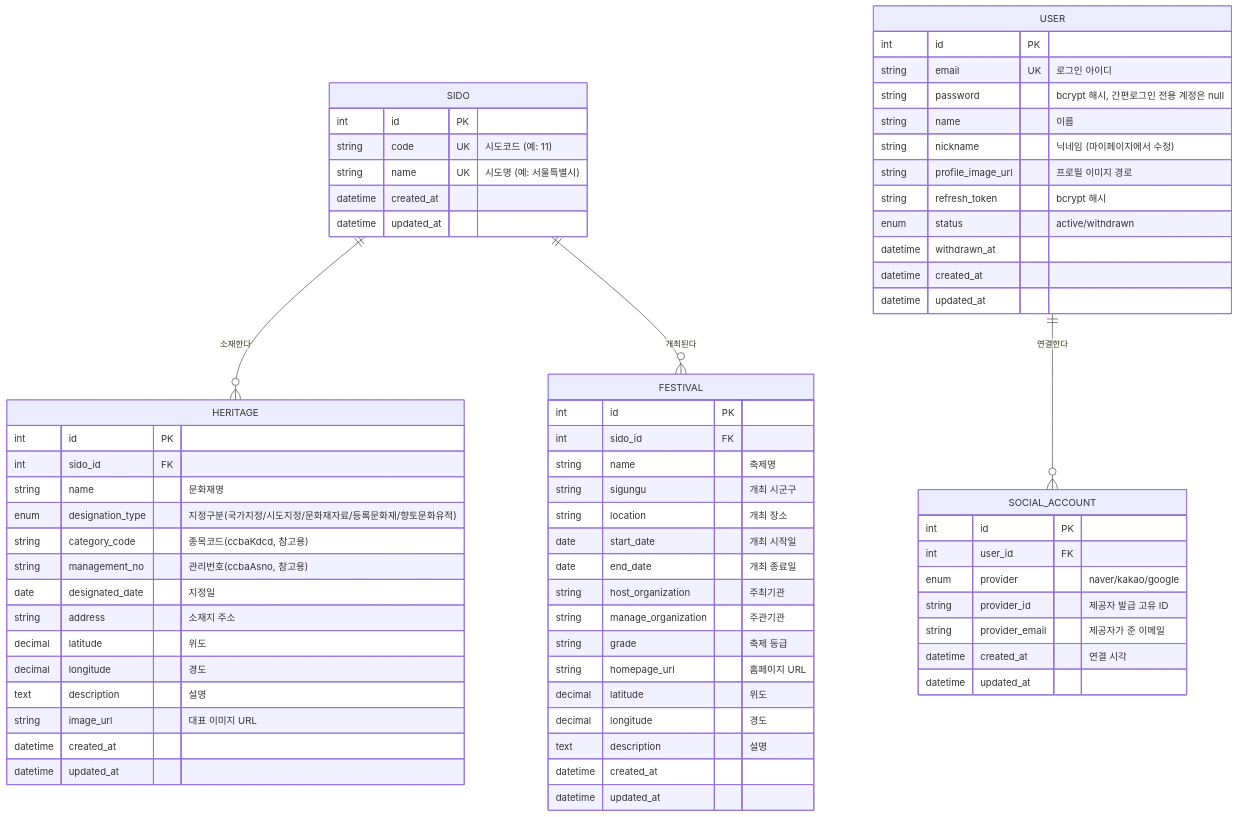
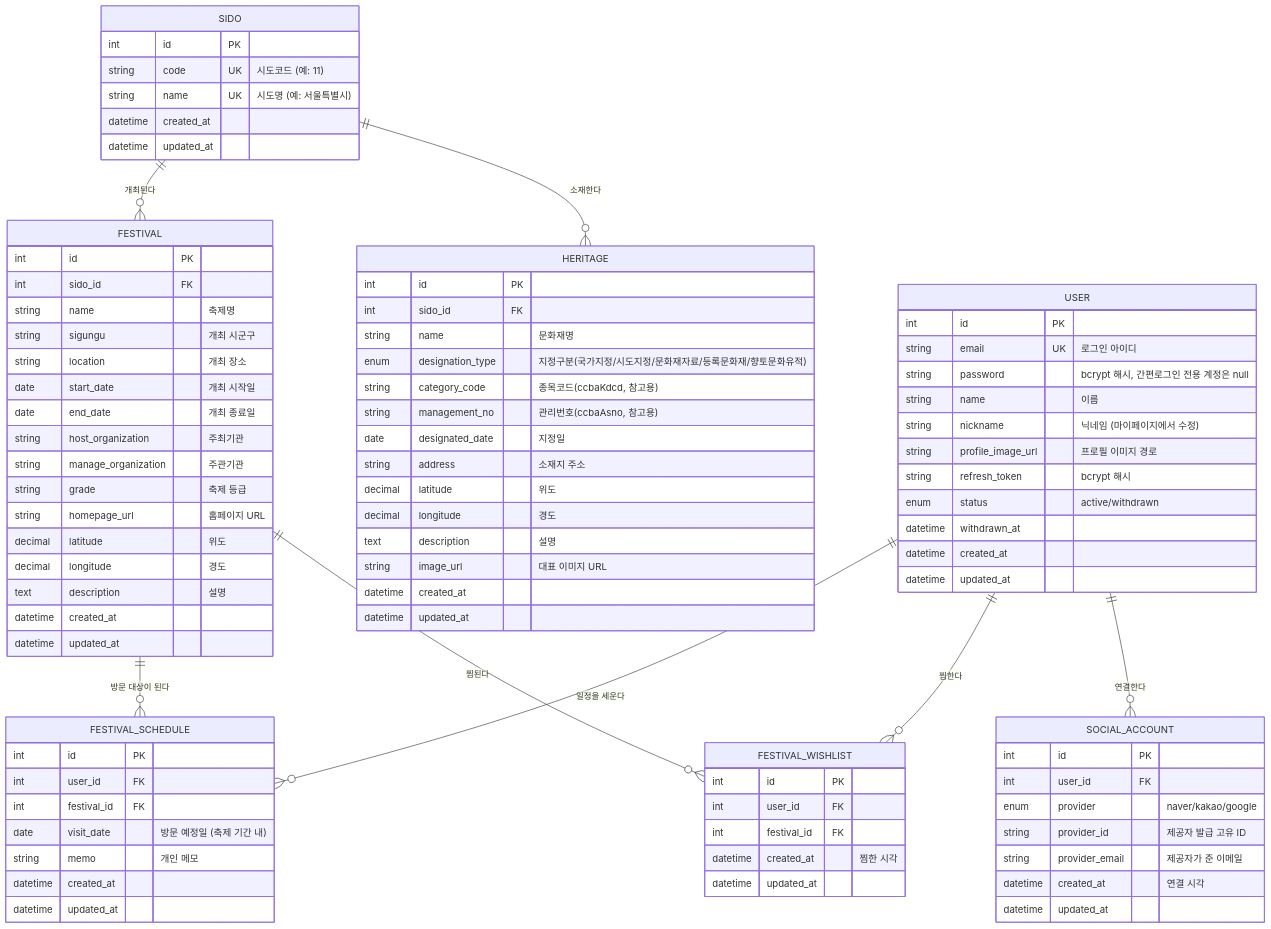
The diagram in backend/docs/ERD.md (pkjuno/projectHeritage), drawn with Mermaid before and after one commit. The commit also changed other lines of this file and 30 other files, not shown here.

First line of the commit message:
Add festival calendar, wishlist, and personal visit schedules

````diff
--- a/backend/docs/ERD.md
+++ b/backend/docs/ERD.md
@@ -16,6 +18,10 @@
     SIDO ||--o{ HERITAGE : "소재한다"
     SIDO ||--o{ FESTIVAL : "개최된다"
     USER ||--o{ SOCIAL_ACCOUNT : "연결한다"
+    USER ||--o{ FESTIVAL_WISHLIST : "찜한다"
+    USER ||--o{ FESTIVAL_SCHEDULE : "일정을 세운다"
+    FESTIVAL ||--o{ FESTIVAL_WISHLIST : "찜된다"
+    FESTIVAL ||--o{ FESTIVAL_SCHEDULE : "방문 대상이 된다"
 
     SIDO {
         int id PK
@@ -84,4 +90,22 @@
         datetime created_at "연결 시각"
         datetime updated_at
     }
+
+    FESTIVAL_WISHLIST {
+        int id PK
+        int user_id FK
+        int festival_id FK
+        datetime created_at "찜한 시각"
+        datetime updated_at
+    }
+
+    FESTIVAL_SCHEDULE {
+        int id PK
+        int user_id FK
+        int festival_id FK
+        date visit_date "방문 예정일 (축제 기간 내)"
+        string memo "개인 메모"
+        datetime created_at
+        datetime updated_at
+    }
 ```
````
